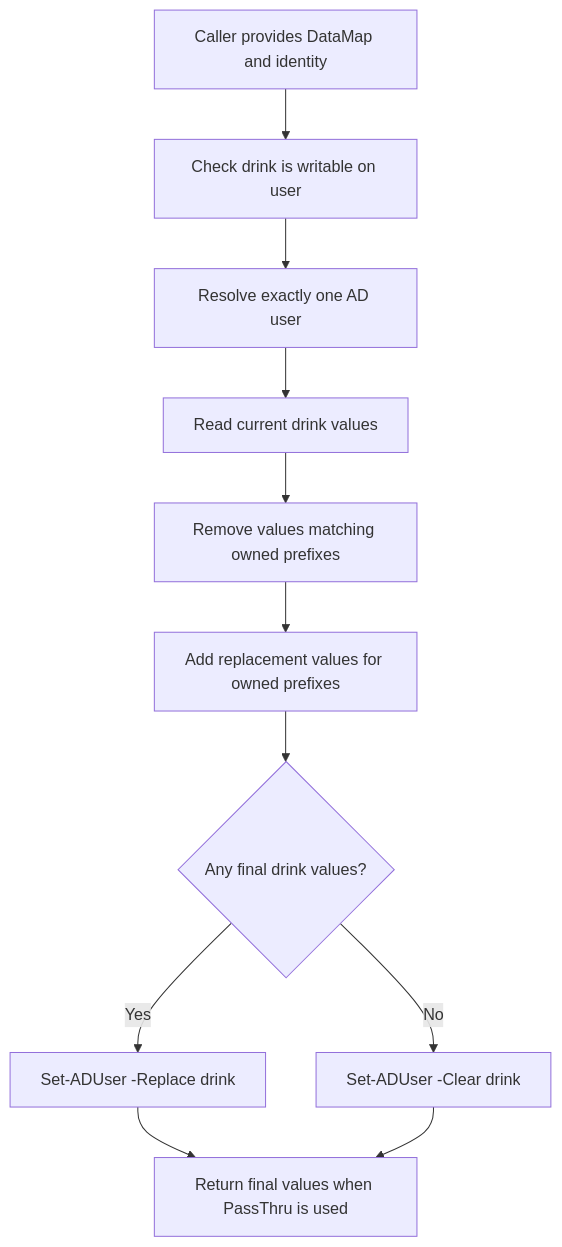
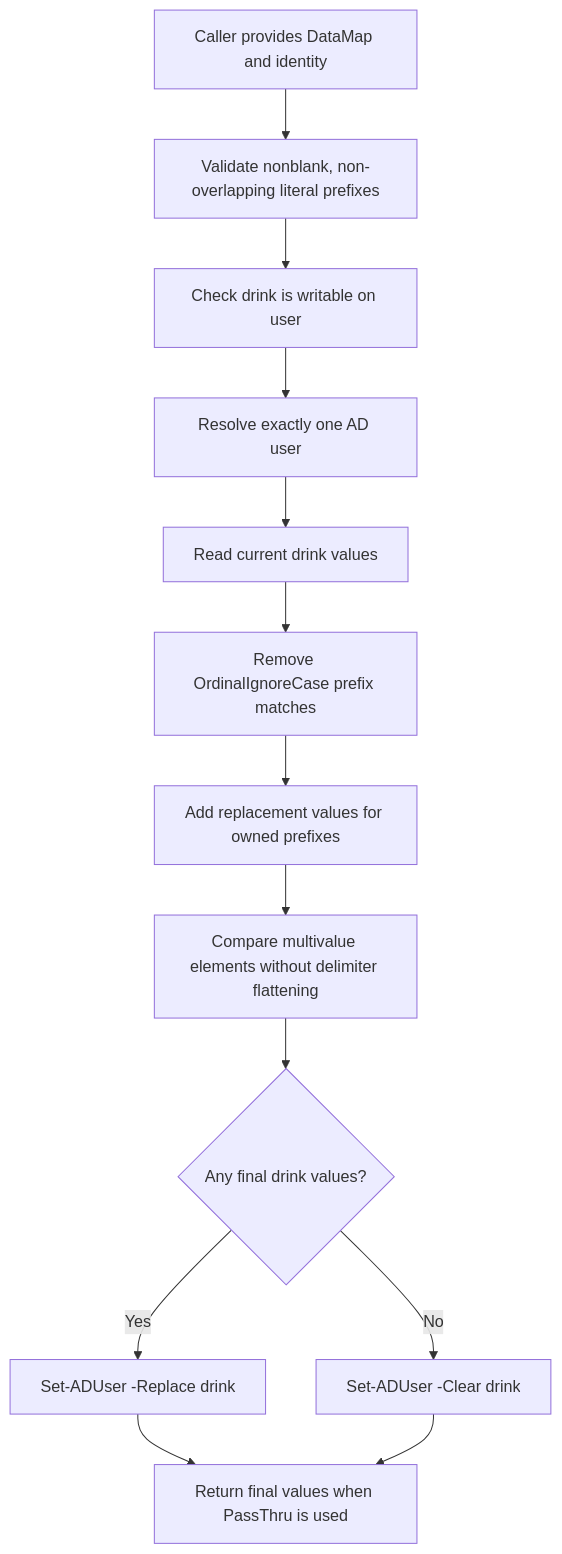
One commit to jonathanweinberg/DrunkenAD changed the diagram in docs/diagrams/namespace-write-model.mmd. Above: the diagram before and after it, drawn with Mermaid. The commit also changed 22 other files, not shown here.

```diff
--- a/docs/diagrams/namespace-write-model.mmd
+++ b/docs/diagrams/namespace-write-model.mmd
@@ -1,11 +1,13 @@
 flowchart TD
-    START["Caller provides DataMap and identity"] --> READY["Check drink is writable on user"]
+    START["Caller provides DataMap and identity"] --> VALIDATE["Validate nonblank, non-overlapping literal prefixes"]
+    VALIDATE --> READY["Check drink is writable on user"]
     READY --> RESOLVE["Resolve exactly one AD user"]
     RESOLVE --> READ["Read current drink values"]
-    READ --> FILTER["Remove values matching owned prefixes"]
+    READ --> FILTER["Remove OrdinalIgnoreCase prefix matches"]
     FILTER --> MERGE["Add replacement values for owned prefixes"]
-    MERGE --> DECIDE{"Any final drink values?"}
+    MERGE --> COMPARE["Compare multivalue elements without delimiter flattening"]
+    COMPARE --> DECIDE{"Any final drink values?"}
     DECIDE -->|Yes| REPLACE["Set-ADUser -Replace drink"]
     DECIDE -->|No| CLEAR["Set-ADUser -Clear drink"]
     REPLACE --> RETURN["Return final values when PassThru is used"]
     CLEAR --> RETURN
```
